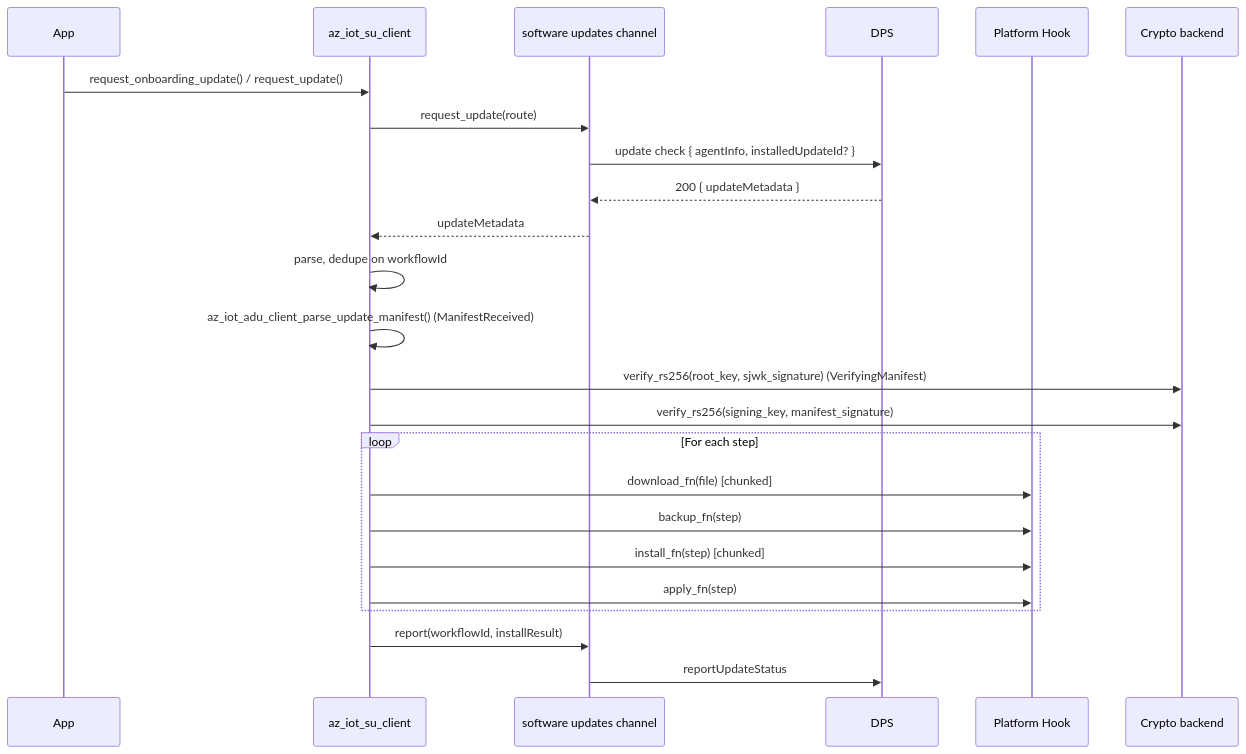
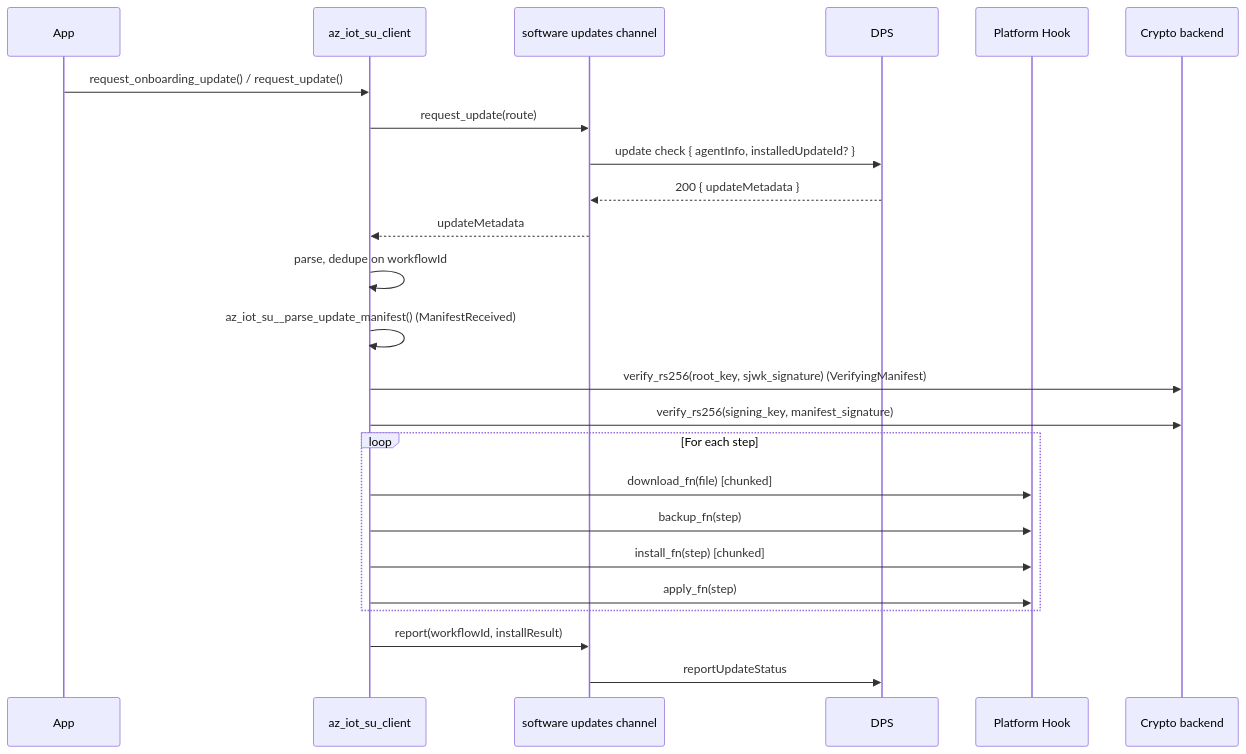
The seventh of 7 diagrams in c/docs/eng/software-updates.md (Azure/azure-iot-sdk), drawn with Mermaid before and after one commit. The commit also changed other lines of this file and 13 other files, not shown here.

First line of the commit message:
[C] Software updates: parse the update manifest in the SDK (#634)

````diff
--- a/c/docs/eng/software-updates.md
+++ b/c/docs/eng/software-updates.md
@@ -1575,27 +1576,27 @@
 ```mermaid
 sequenceDiagram
     participant App
     participant SU as az_iot_su_client
     participant Ch as software updates channel
     participant DPS
     participant Hook as Platform Hook
     participant Crypto as Crypto backend
 
     App->>SU: request_onboarding_update() / request_update()
     SU->>Ch: request_update(route)
     Ch->>DPS: update check { agentInfo, installedUpdateId? }
     DPS-->>Ch: 200 { updateMetadata }
     Ch-->>SU: updateMetadata
     SU->>SU: parse, dedupe on workflowId
-    SU->>SU: az_iot_adu_client_parse_update_manifest() (ManifestReceived)
+    SU->>SU: az_iot_su__parse_update_manifest() (ManifestReceived)
     SU->>Crypto: verify_rs256(root_key, sjwk_signature) (VerifyingManifest)
     SU->>Crypto: verify_rs256(signing_key, manifest_signature)
     loop For each step
         SU->>Hook: download_fn(file) [chunked]
         SU->>Hook: backup_fn(step)
         SU->>Hook: install_fn(step) [chunked]
         SU->>Hook: apply_fn(step)
     end
     SU->>Ch: report(workflowId, installResult)
     Ch->>DPS: reportUpdateStatus
 ```
````
